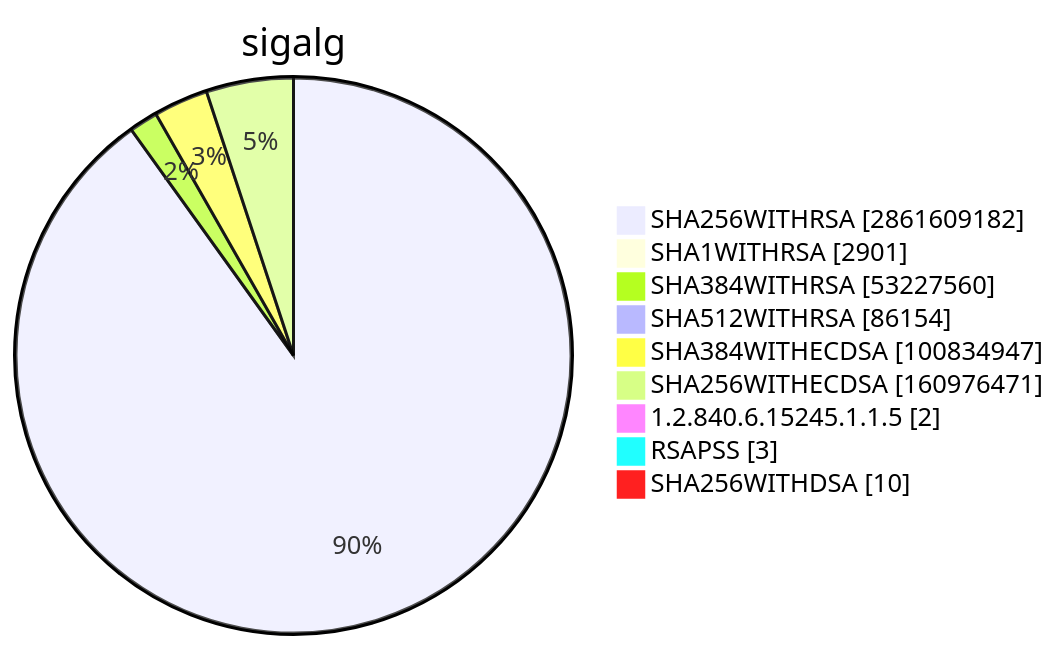
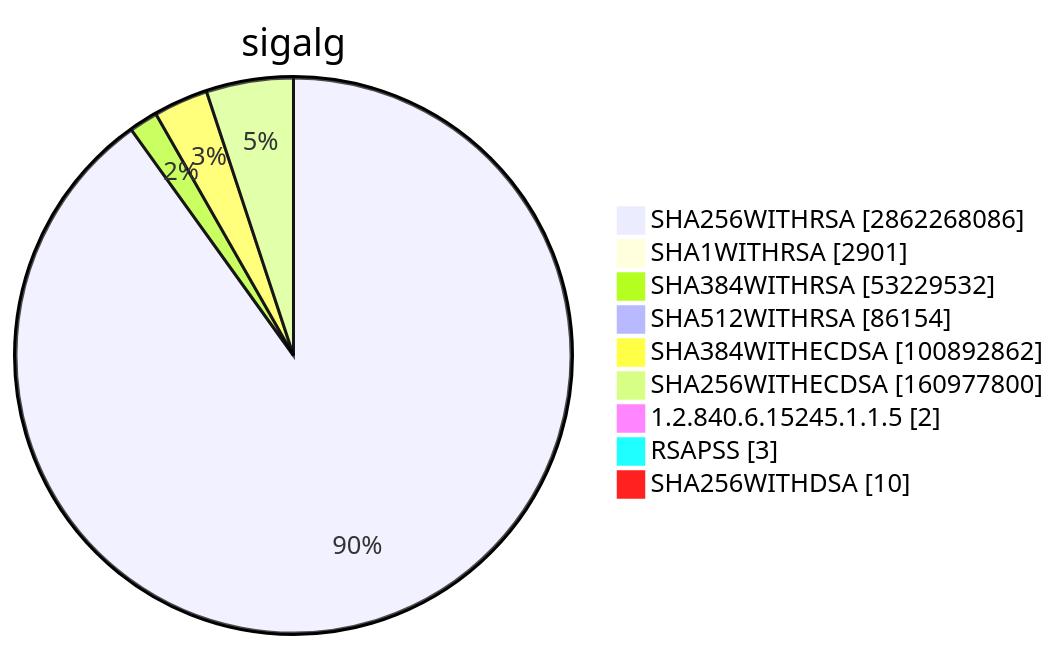
One commit to christiankrug/ctmonitor_visualization changed diagram 15 of 15 in TOTAL/README.md. Above: the diagram before and after it, drawn with Mermaid. The commit also changed other lines of this file, not shown here.

````diff
--- a/TOTAL/README.md
+++ b/TOTAL/README.md
@@ -6207,13 +6207,13 @@
 ```mermaid
 pie showData
 title sigalg
-"SHA256WITHRSA" :2861609182
+"SHA256WITHRSA" :2862268086
 "SHA1WITHRSA" :2901
-"SHA384WITHRSA" :53227560
+"SHA384WITHRSA" :53229532
 "SHA512WITHRSA" :86154
-"SHA384WITHECDSA" :100834947
-"SHA256WITHECDSA" :160976471
+"SHA384WITHECDSA" :100892862
+"SHA256WITHECDSA" :160977800
 "1.2.840.6.15245.1.1.5" :2
 "RSAPSS" :3
 "SHA256WITHDSA" :10
 ```
````
